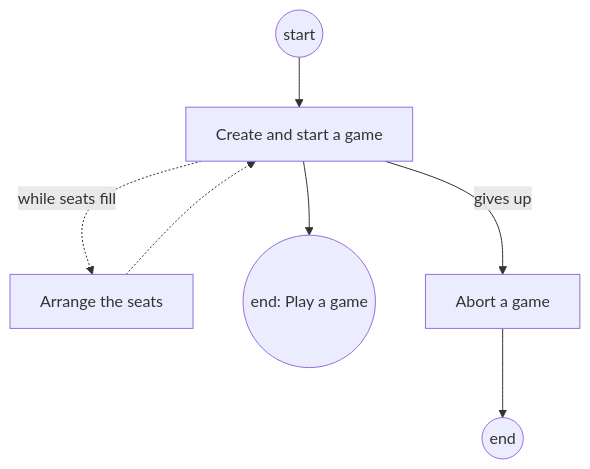
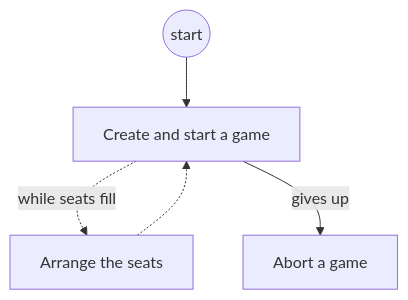
Before and after one commit to delphside/programme: the seventh of 29 diagrams in docs/changes/workstreams/application-game-architecture/71-one-game-model/71-functional.md, drawn with Mermaid. The commit also changed other lines of this file, not shown here.

First line of the commit message:
app 0.9.2 api 2.16: 71: activity diagrams drop their explicit end nodes

````diff
--- a/docs/changes/workstreams/application-game-architecture/71-one-game-model/71-functional.md
+++ b/docs/changes/workstreams/application-game-architecture/71-one-game-model/71-functional.md
@@ -178,9 +161,7 @@
 ```mermaid
 flowchart TD
   s0((start)) --> a1["Create and start a game"]
   a1 -. "while seats fill" .-> a2["Arrange the seats"]
   a2 -.-> a1
-  a1 --> e0((end: Play a game))
   a1 -- "gives up" --> a4["Abort a game"]
-  a4 --> e1((end))
 ```
````
